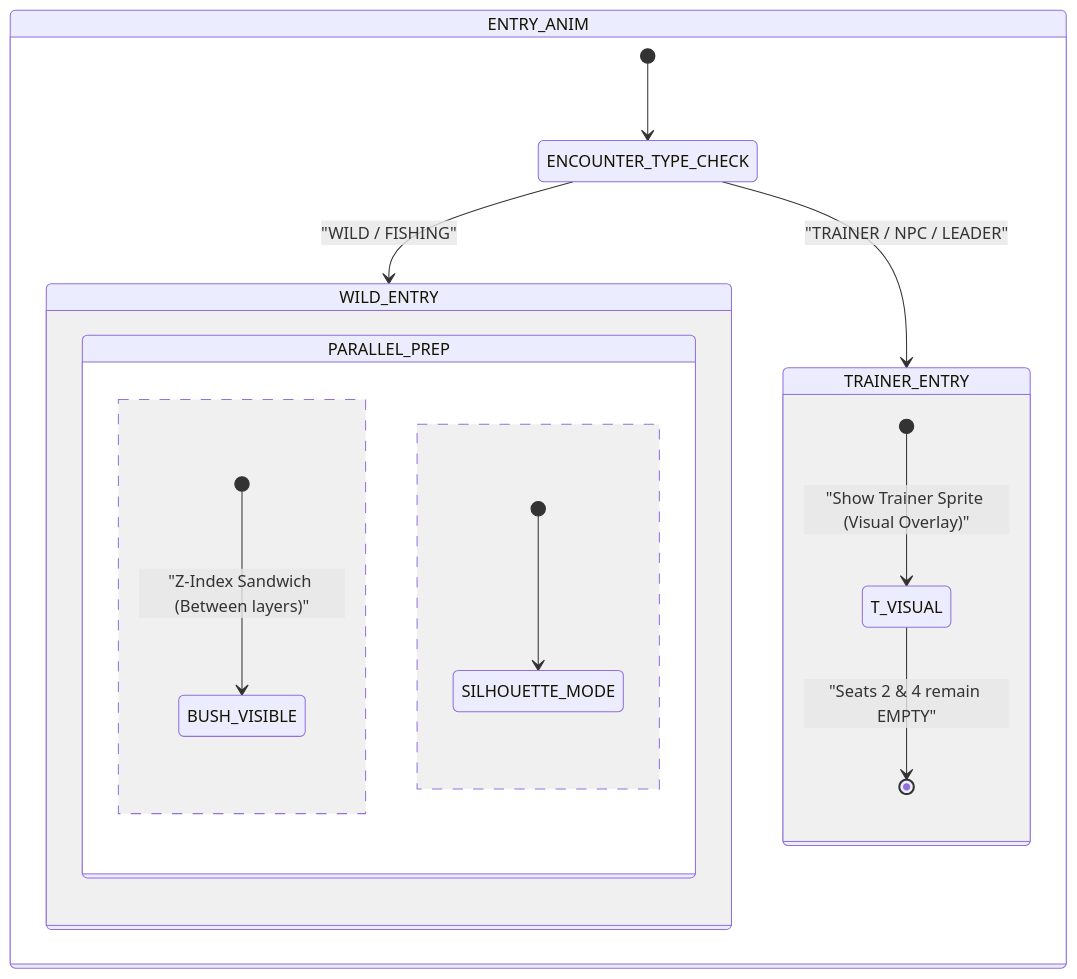
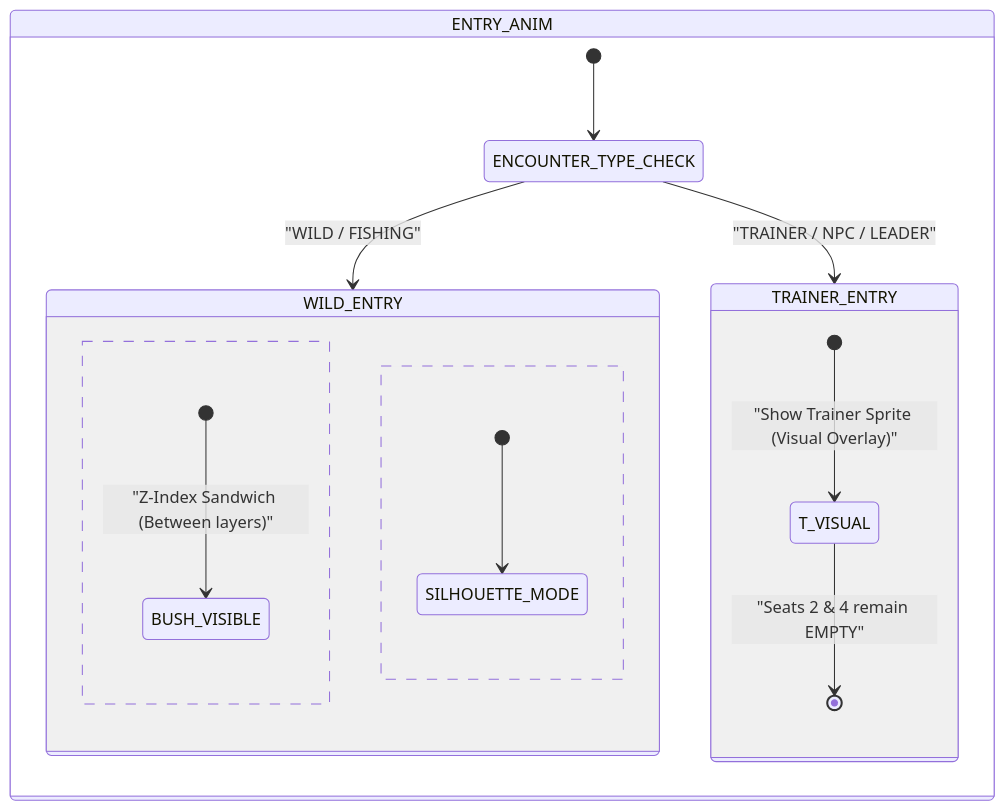
Diagram 16 of 18 in .agents/skills/project-standards/references/battle/battle_mechanics_manual.md (Darkham77/PokeBorrador), drawn with Mermaid before and after one commit. The commit also changed other lines of this file and 3 other files, not shown here.

First line of the commit message:
docs(battle): refactor rewards phase and parallel FSM diagrams layout

````diff
--- a/.agents/skills/project-standards/references/battle/battle_mechanics_manual.md
+++ b/.agents/skills/project-standards/references/battle/battle_mechanics_manual.md
@@ -819,23 +811,21 @@
 ```mermaid
 stateDiagram-v2
     state ENTRY_ANIM {
         [*] --> ENCOUNTER_TYPE_CHECK
         state ENCOUNTER_TYPE_CHECK <<choice>>
         
         ENCOUNTER_TYPE_CHECK --> WILD_ENTRY: "WILD / FISHING"
         ENCOUNTER_TYPE_CHECK --> TRAINER_ENTRY: "TRAINER / NPC / LEADER"
         
         state TRAINER_ENTRY {
             [*] --> T_VISUAL: "Show Trainer Sprite (Visual Overlay)"
             T_VISUAL --> [*]: "Seats 2 & 4 remain EMPTY"
         }
         
         state WILD_ENTRY {
-            state PARALLEL_PREP {
-                [*] --> BUSH_VISIBLE: "Z-Index Sandwich (Between layers)"
-                --
-                [*] --> SILHOUETTE_MODE
-            }
+            [*] --> BUSH_VISIBLE: "Z-Index Sandwich (Between layers)"
+            --
+            [*] --> SILHOUETTE_MODE
         }
     }
 ```
````
